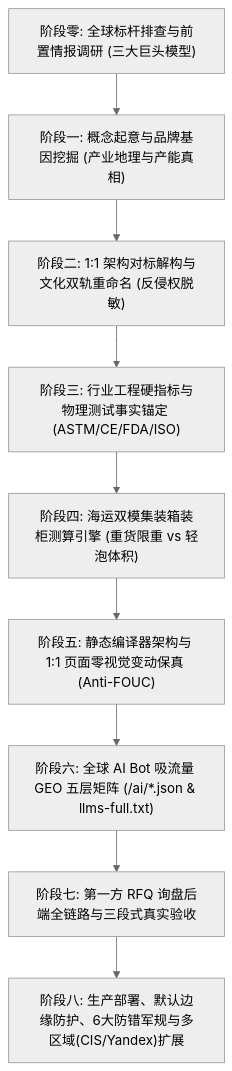
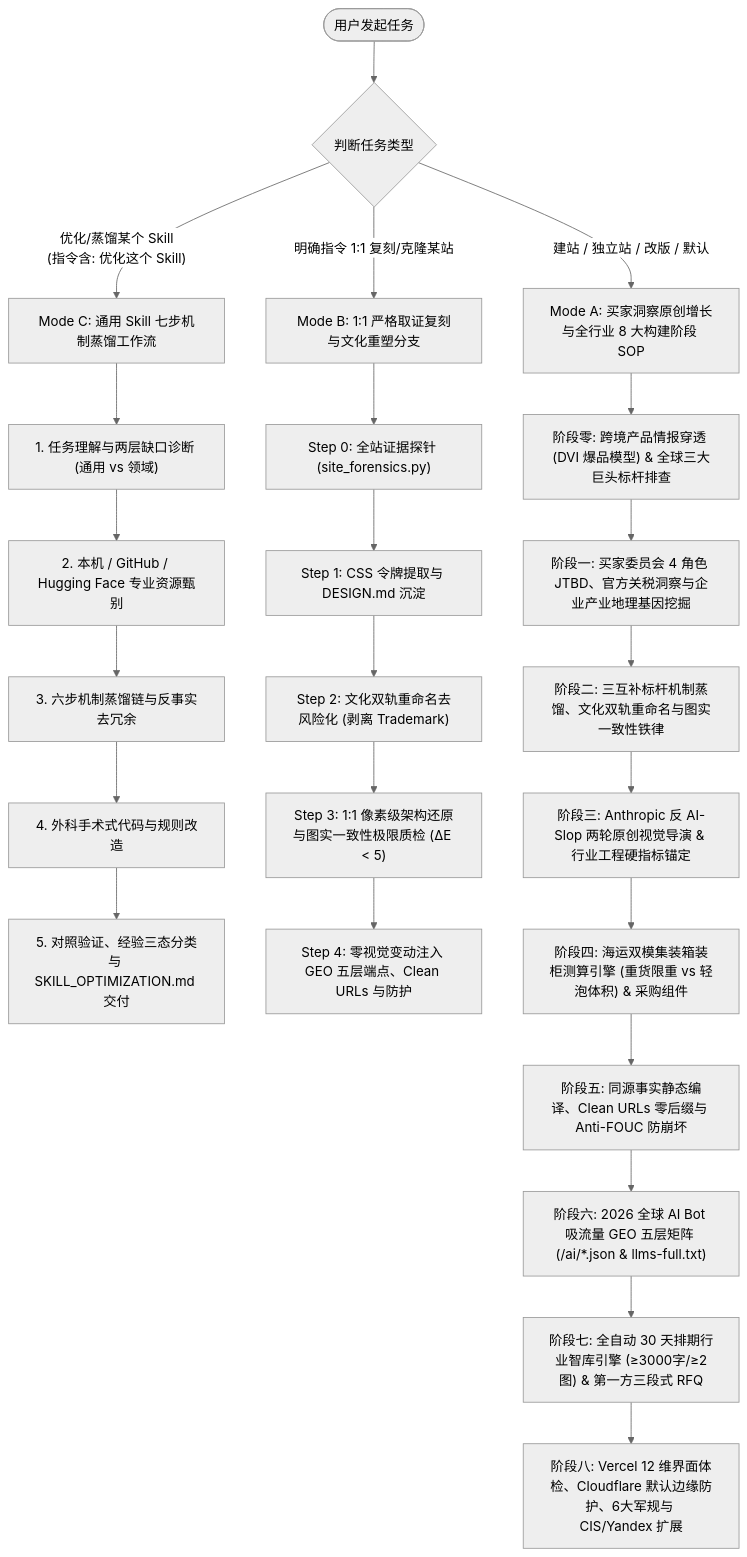
Before and after one commit to cnproduct/b2b-global-brand-site-master: the diagram in SKILL.md, drawn with Mermaid (neutral theme). The commit also changed other lines of this file and 16 other files, not shown here.

Commit message:
feat(v3.0): deeply fuse renwork-web-create-skill triple-track routing, Anthropic anti-slop design, Vercel 12-dim audit, and 30-day scheduled intelligence engine

````diff
--- a/SKILL.md
+++ b/SKILL.md
@@ -14,11 +19,32 @@
 ```mermaid
 flowchart TD
-    Z["阶段零: 全球标杆排查与前置情报调研 (三大巨头模型)"] --> A["阶段一: 概念起意与品牌基因挖掘 (产业地理与产能真相)"]
-    A --> B["阶段二: 1:1 架构对标解构与文化双轨重命名 (反侵权脱敏)"]
-    B --> C["阶段三: 行业工程硬指标与物理测试事实锚定 (ASTM/CE/FDA/ISO)"]
-    C --> D["阶段四: 海运双模集装箱装柜测算引擎 (重货限重 vs 轻泡体积)"]
-    D --> E["阶段五: 静态编译器架构与 1:1 页面零视觉变动保真 (Anti-FOUC)"]
-    E --> F["阶段六: 全球 AI Bot 吸流量 GEO 五层矩阵 (/ai/*.json & llms-full.txt)"]
-    F --> G["阶段七: 第一方 RFQ 询盘后端全链路与三段式真实验收"]
-    G --> H["阶段八: 生产部署、默认边缘防护、6大防错军规与多区域(CIS/Yandex)扩展"]
+    Start([用户发起任务]) --> Router{判断任务类型}
+
+    %% Mode C: 通用 Skill 优化与蒸馏
+    Router -- "优化/蒸馏某个 Skill<br>(指令含: 优化这个 Skill)" --> ModeC["Mode C: 通用 Skill 七步机制蒸馏工作流"]
+    ModeC --> C1["1. 任务理解与两层缺口诊断 (通用 vs 领域)"]
+    C1 --> C2["2. 本机 / GitHub / Hugging Face 专业资源甄别"]
+    C2 --> C3["3. 六步机制蒸馏链与反事实去冗余"]
+    C3 --> C4["4. 外科手术式代码与规则改造"]
+    C4 --> C5["5. 对照验证、经验三态分类与 SKILL_OPTIMIZATION.md 交付"]
+
+    %% Mode B: 1:1 严格证据复刻分支
+    Router -- "明确指令 1:1 复刻/克隆某站" --> ModeB["Mode B: 1:1 严格取证复刻与文化重塑分支"]
+    ModeB --> B1["Step 0: 全站证据探针 (site_forensics.py)"]
+    B1 --> B2["Step 1: CSS 令牌提取与 DESIGN.md 沉淀"]
+    B2 --> B3["Step 2: 文化双轨重命名去风险化 (剥离 Trademark)"]
+    B3 --> B4["Step 3: 1:1 像素级架构还原与图实一致性极限质检 (ΔE < 5)"]
+    B4 --> B5["Step 4: 零视觉变动注入 GEO 五层端点、Clean URLs 与防护"]
+
+    %% Mode A: 默认买家洞察原创建站与 8 大构建阶段 SOP
+    Router -- "建站 / 独立站 / 改版 / 默认" --> ModeA["Mode A: 买家洞察原创增长与全行业 8 大构建阶段 SOP"]
+    ModeA --> Z["阶段零: 跨境产品情报穿透 (DVI 爆品模型) & 全球三大巨头标杆排查"]
+    Z --> A1["阶段一: 买家委员会 4 角色 JTBD、官方关税洞察与企业产业地理基因挖掘"]
+    A1 --> A2["阶段二: 三互补标杆机制蒸馏、文化双轨重命名与图实一致性铁律"]
+    A2 --> A3["阶段三: Anthropic 反 AI-Slop 两轮原创视觉导演 & 行业工程硬指标锚定"]
+    A3 --> A4["阶段四: 海运双模集装箱装柜测算引擎 (重货限重 vs 轻泡体积) & 采购组件"]
+    A4 --> A5["阶段五: 同源事实静态编译、Clean URLs 零后缀与 Anti-FOUC 防崩坏"]
+    A5 --> A6["阶段六: 2026 全球 AI Bot 吸流量 GEO 五层矩阵 (/ai/*.json & llms-full.txt)"]
+    A6 --> A7["阶段七: 全自动 30 天排期行业智库引擎 (≥3000字/≥2图) & 第一方三段式 RFQ"]
+    A7 --> A8["阶段八: Vercel 12 维界面体检、Cloudflare 默认边缘防护、6大军规与 CIS/Yandex 扩展"]
 ```
````
